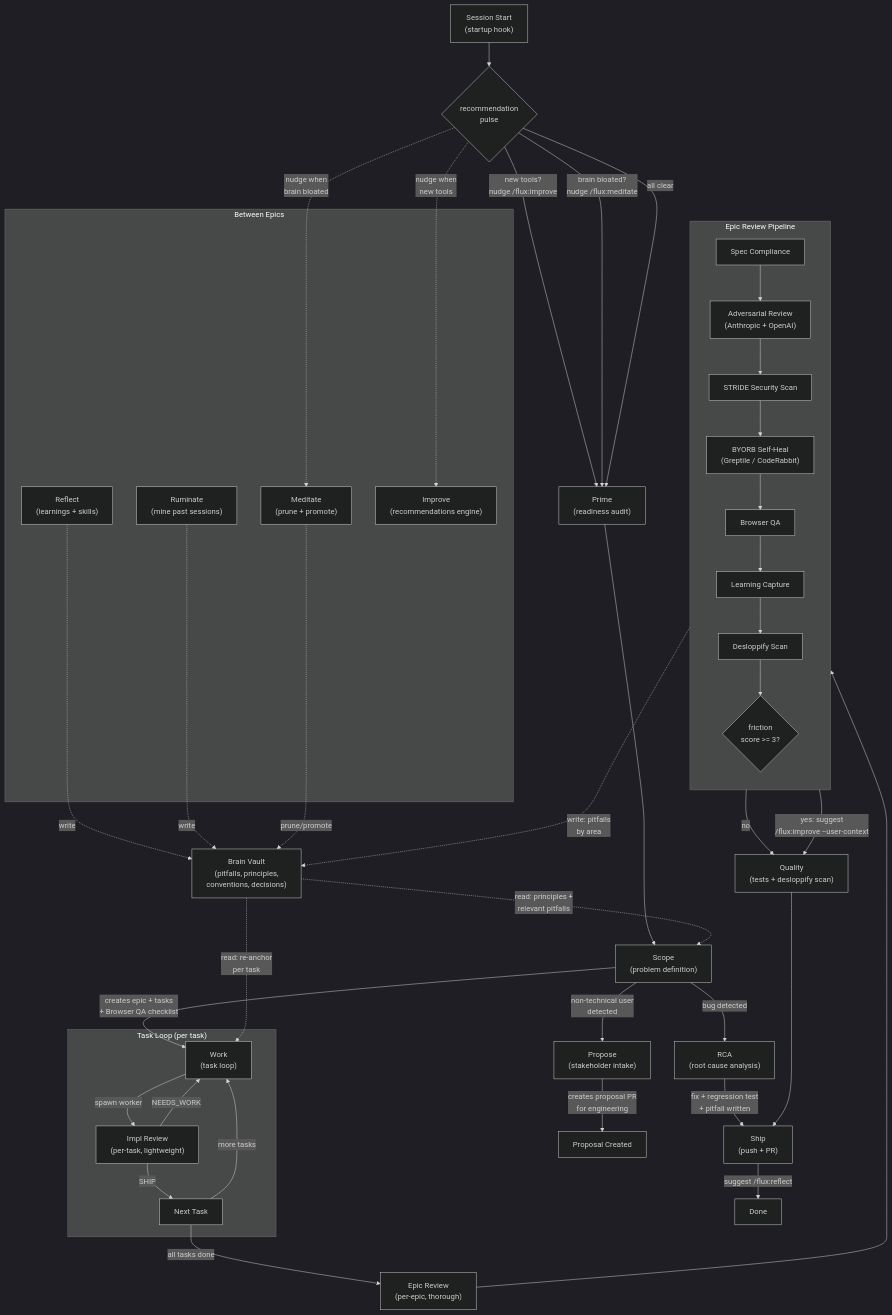
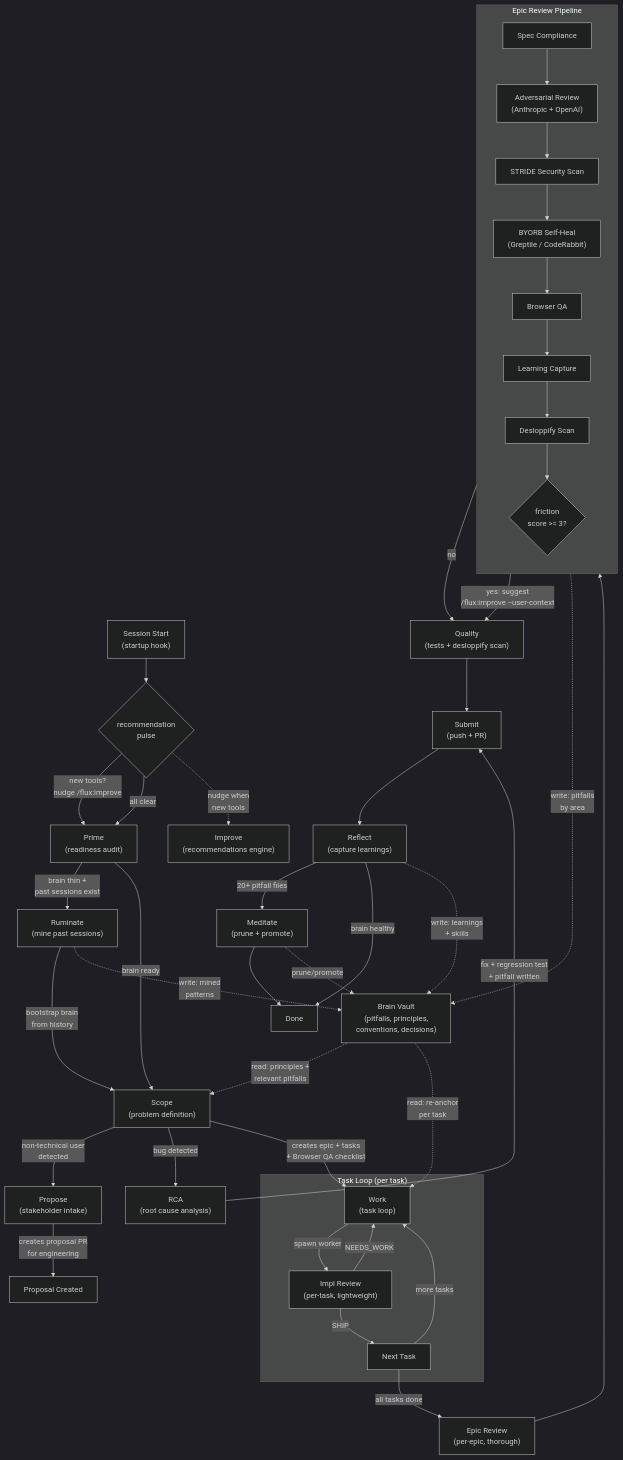
The diagram in README.md (Nairon-AI/flux), drawn with Mermaid (dark theme) before and after one commit. The commit also changed other lines of this file and 3 other files, not shown here.

First line of the commit message:
feat: wire reflect, ruminate, meditate into main workflow (#78)

````diff
--- a/README.md
+++ b/README.md
@@ -188,79 +188,78 @@
 ```mermaid
 flowchart TD
     SessionStart["Session Start<br/>(startup hook)"]
     Pulse{"recommendation<br/>pulse"}
     Prime["Prime<br/>(readiness audit)"]
     Propose["Propose<br/>(stakeholder intake)"]
     RCA["RCA<br/>(root cause analysis)"]
     Scope["Scope<br/>(problem definition)"]
     Work["Work<br/>(task loop)"]
     ImplReview["Impl Review<br/>(per-task, lightweight)"]
     EpicReview["Epic Review<br/>(per-epic, thorough)"]
     Quality["Quality<br/>(tests + desloppify scan)"]
-    Ship["Ship<br/>(push + PR)"]
+    Submit["Submit<br/>(push + PR)"]
+    Reflect["Reflect<br/>(capture learnings)"]
+    Meditate["Meditate<br/>(prune + promote)"]
+    Ruminate["Ruminate<br/>(mine past sessions)"]
+    Improve["Improve<br/>(recommendations engine)"]
 
     SessionStart --> Pulse
     Pulse -->|"new tools?<br/>nudge /flux:improve"| Prime
-    Pulse -->|"brain bloated?<br/>nudge /flux:meditate"| Prime
     Pulse -->|"all clear"| Prime
-    Prime --> Scope
+    Prime -->|"brain thin +<br/>past sessions exist"| Ruminate
+    Prime -->|"brain ready"| Scope
+    Ruminate -->|"bootstrap brain<br/>from history"| Scope
     Scope -->|"non-technical user<br/>detected"| Propose
     Propose -->|"creates proposal PR<br/>for engineering"| ProposeDone["Proposal Created"]
     Scope -->|"bug detected"| RCA
-    RCA -->|"fix + regression test<br/>+ pitfall written"| Ship
+    RCA -->|"fix + regression test<br/>+ pitfall written"| Submit
     Scope -->|"creates epic + tasks<br/>+ Browser QA checklist"| Work
 
     subgraph task_loop ["Task Loop (per task)"]
         Work -->|"spawn worker"| ImplReview
         ImplReview -->|"NEEDS_WORK"| Work
         ImplReview -->|"SHIP"| NextTask["Next Task"]
         NextTask -->|"more tasks"| Work
     end
 
     NextTask -->|"all tasks done"| EpicReview
 
     subgraph review_pipeline ["Epic Review Pipeline"]
         direction TB
         SpecCompliance["Spec Compliance"]
         Adversarial["Adversarial Review<br/>(Anthropic + OpenAI)"]
         SecurityScan["STRIDE Security Scan"]
         BotSelfHeal["BYORB Self-Heal<br/>(Greptile / CodeRabbit)"]
         BrowserQA["Browser QA"]
         LearningCapture["Learning Capture"]
         DesloppifyScan["Desloppify Scan"]
         FrustrationSignal{"friction<br/>score >= 3?"}
 
         SpecCompliance --> Adversarial
         Adversarial --> SecurityScan
         SecurityScan --> BotSelfHeal
         BotSelfHeal --> BrowserQA
         BrowserQA --> LearningCapture
         LearningCapture --> DesloppifyScan
         DesloppifyScan --> FrustrationSignal
     end
 
     EpicReview --> SpecCompliance
     FrustrationSignal -->|"no"| Quality
     FrustrationSignal -->|"yes: suggest<br/>/flux:improve --user-context"| Quality
-    Quality --> Ship
-    Ship -->|"suggest /flux:reflect"| Done["Done"]
+    Quality --> Submit
+    Submit --> Reflect
+    Reflect -->|"20+ pitfall files"| Meditate
+    Reflect -->|"brain healthy"| Done["Done"]
+    Meditate --> Done
 
     Brain["Brain Vault<br/>(pitfalls, principles,<br/>conventions, decisions)"]
 
     Brain -.->|"read: principles +<br/>relevant pitfalls"| Scope
     Brain -.->|"read: re-anchor<br/>per task"| Work
     LearningCapture -.->|"write: pitfalls<br/>by area"| Brain
-
-    subgraph maintenance ["Between Epics"]
-        Reflect["Reflect<br/>(learnings + skills)"]
-        Ruminate["Ruminate<br/>(mine past sessions)"]
-        Meditate["Meditate<br/>(prune + promote)"]
-        Improve["Improve<br/>(recommendations engine)"]
-    end
-
-    Reflect -.->|"write"| Brain
-    Ruminate -.->|"write"| Brain
+    Reflect -.->|"write: learnings<br/>+ skills"| Brain
+    Ruminate -.->|"write: mined<br/>patterns"| Brain
     Meditate -.->|"prune/promote"| Brain
-    Pulse -.->|"nudge when<br/>brain bloated"| Meditate
     Pulse -.->|"nudge when<br/>new tools"| Improve
 ```
````
